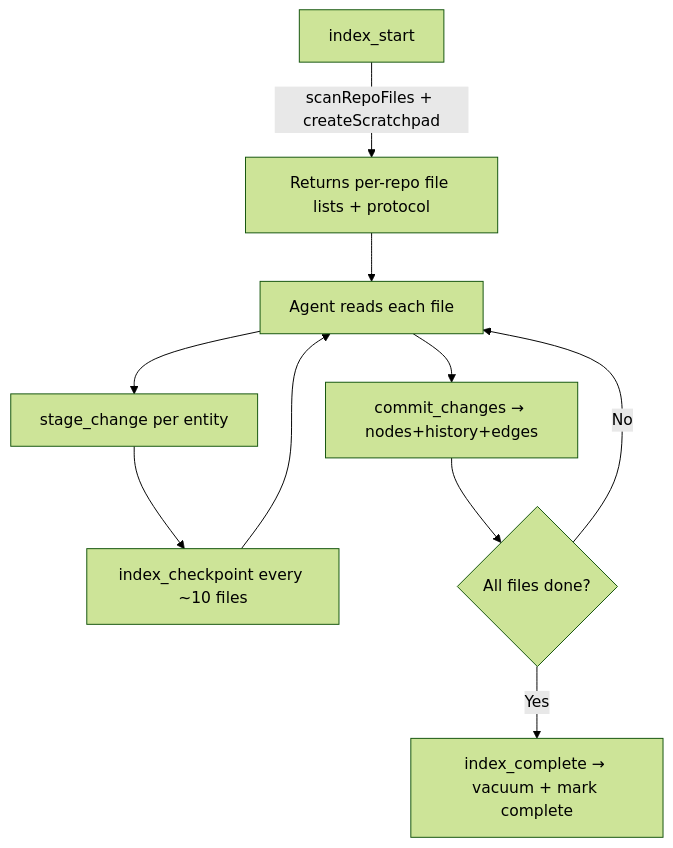
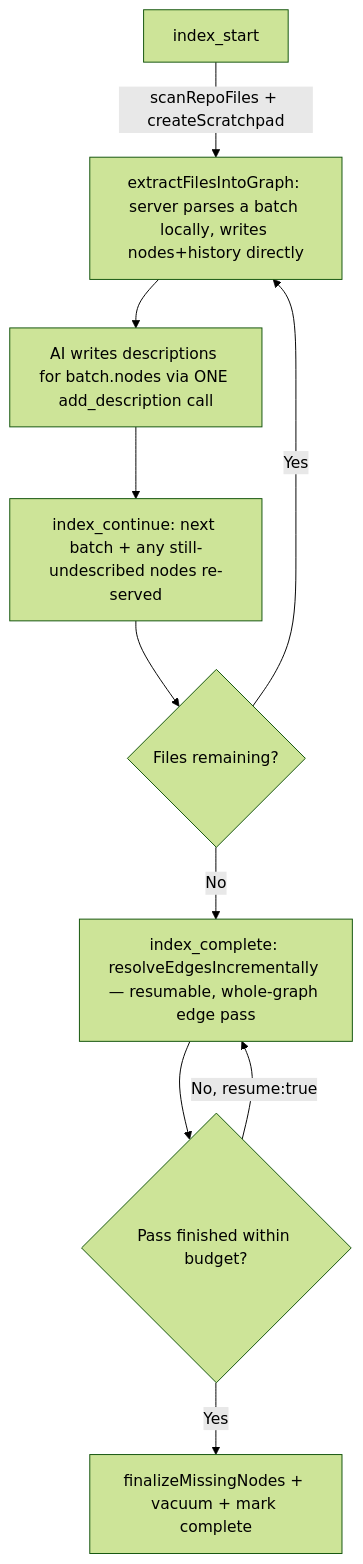
Before and after one commit to Abialidr/devsmind-mcp: the third of 17 diagrams in FUNCTIONALITY_MAP.md, drawn with Mermaid (forest theme). The commit also changed other lines of this file and 30 other files, not shown here.

First line of the commit message:
release: 4.0.0 — one write path, a server-driven indexer, and memory that writes nothing

````diff
--- a/FUNCTIONALITY_MAP.md
+++ b/FUNCTIONALITY_MAP.md
@@ -140,12 +140,12 @@
 ```mermaid
 flowchart TD
-  S[index_start] -->|scanRepoFiles + createScratchpad| L[Returns per-repo file lists + protocol]
-  L --> R[Agent reads each file]
-  R --> SC[stage_change per entity]
-  SC --> CK[index_checkpoint every ~10 files]
-  CK --> R
-  R --> CM[commit_changes → nodes+history+edges]
-  CM --> DONE{All files done?}
-  DONE -->|No| R
-  DONE -->|Yes| IC[index_complete → vacuum + mark complete]
+  S[index_start] -->|scanRepoFiles + createScratchpad| X1[extractFilesIntoGraph: server parses a batch locally, writes nodes+history directly]
+  X1 --> AD[AI writes descriptions for batch.nodes via ONE add_description call]
+  AD --> IC2[index_continue: next batch + any still-undescribed nodes re-served]
+  IC2 --> MORE{Files remaining?}
+  MORE -->|Yes| X1
+  MORE -->|No| CP[index_complete: resolveEdgesIncrementally — resumable, whole-graph edge pass]
+  CP --> DONE{Pass finished within budget?}
+  DONE -->|No, resume:true| CP
+  DONE -->|Yes| VAC[finalizeMissingNodes + vacuum + mark complete]
 ```
````
